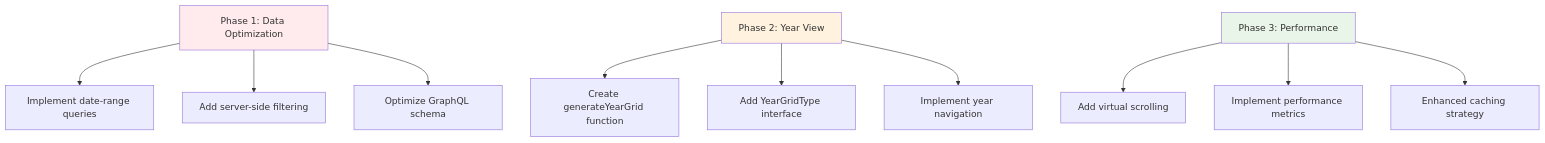
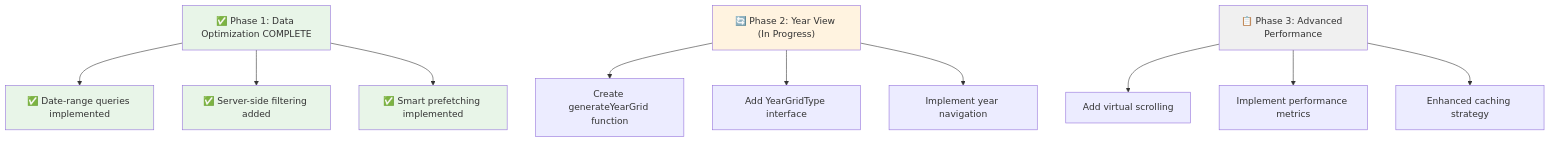
The eighth of 8 diagrams in docs/MEETING_SCHEDULER_IMPLEMENTATION.md (wakidurrahman/meeting-schedule-apps), drawn with Mermaid before and after one commit. The commit also changed other lines of this file, not shown here.

````diff
--- a/docs/MEETING_SCHEDULER_IMPLEMENTATION.md
+++ b/docs/MEETING_SCHEDULER_IMPLEMENTATION.md
@@ -1430,18 +1482,21 @@
 ```mermaid
 graph TD
-    A["Phase 1: Data Optimization"] --> B["Implement date-range queries"]
-    A --> C["Add server-side filtering"]
-    A --> D["Optimize GraphQL schema"]
+    A["✅ Phase 1: Data Optimization COMPLETE"] --> B["✅ Date-range queries implemented"]
+    A --> C["✅ Server-side filtering added"]
+    A --> D["✅ Smart prefetching implemented"]
 
-    E["Phase 2: Year View"] --> F["Create generateYearGrid function"]
+    E["🔄 Phase 2: Year View (In Progress)"] --> F["Create generateYearGrid function"]
     E --> G["Add YearGridType interface"]
     E --> H["Implement year navigation"]
 
-    I["Phase 3: Performance"] --> J["Add virtual scrolling"]
+    I["📋 Phase 3: Advanced Performance"] --> J["Add virtual scrolling"]
     I --> K["Implement performance metrics"]
     I --> L["Enhanced caching strategy"]
 
-    style A fill:#ffebee
+    style A fill:#e8f5e8
+    style B fill:#e8f5e8
+    style C fill:#e8f5e8
+    style D fill:#e8f5e8
     style E fill:#fff3e0
-    style I fill:#e8f5e8
+    style I fill:#f0f0f0
 ```
````
